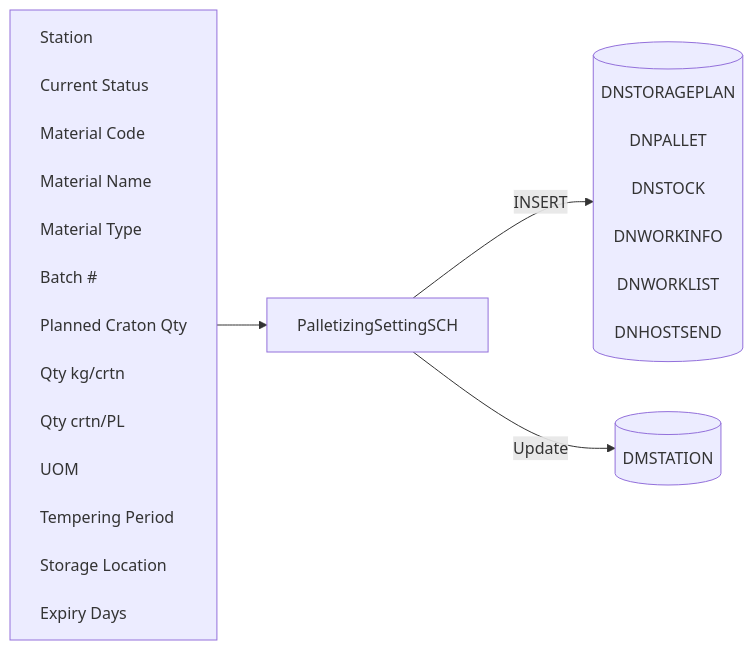
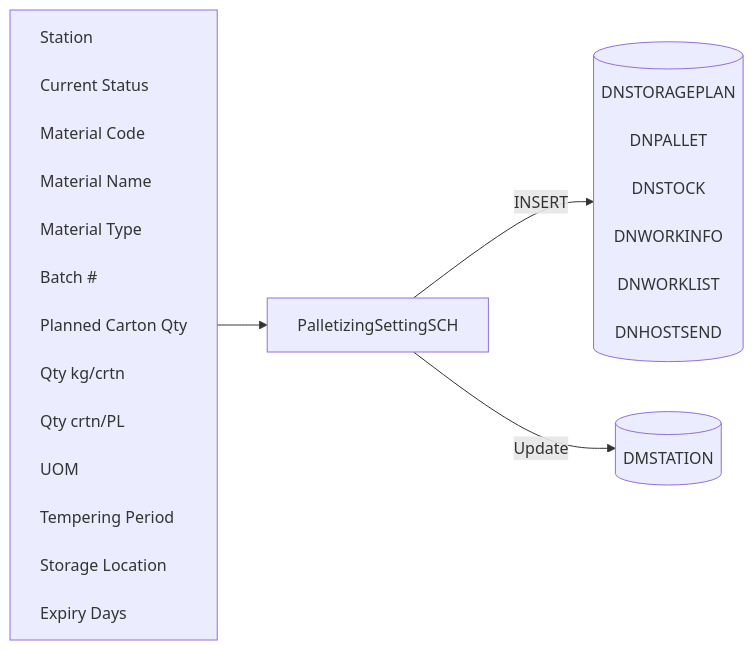
One commit to luthfiadityaa/SimeDarby-Wiki changed the diagram in Basic-Design/DFD-WMS/Storage/Palletizing-Settting/Palletize-Start.md. Above: the diagram before and after it, drawn with Mermaid.

Commit message:
Updated Palletize Start

```diff
--- a/Basic-Design/DFD-WMS/Storage/Palletizing-Settting/Palletize-Start.md
+++ b/Basic-Design/DFD-WMS/Storage/Palletizing-Settting/Palletize-Start.md
@@ -18,40 +18,40 @@
 ::: mermaid
 flowchart LR
     input[
         Station<br>
         Current Status<br>
         Material Code<br>
         Material Name<br>
         Material Type<br>
         Batch #<br>
-        Planned Craton Qty<br>
+        Planned Carton Qty<br>
         Qty kg/crtn<br>
         Qty crtn/PL<br>
         UOM<br>
         Tempering Period<br>
         Storage Location<br>
         Expiry Days<br>
     ]
 
     tableList-insert[("
         DNSTORAGEPLAN<br>
         DNPALLET<br>
         DNSTOCK<br>
         DNWORKINFO<br>
         DNWORKLIST<br>
         DNHOSTSEND<br>
     ")]
 
     tableList-update[("
         DMSTATION
     ")]
 
     className[PalletizingSettingSCH]
 
     input --> className --> |INSERT| tableList-insert
     className --> |Update| tableList-update
 
     classDef leftAlign text-align:left;
     class input leftAlign;
 
 :::
```
